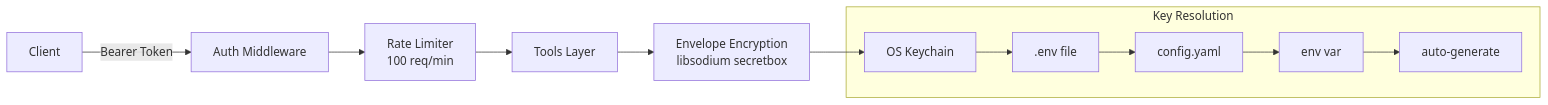
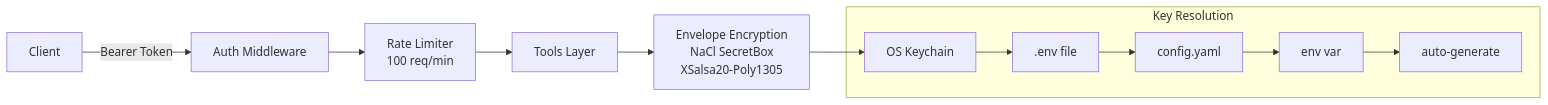
One commit to Cipher208/a-memory changed the fourth of 6 diagrams in docs/architecture/diagrams.md. Above: the diagram before and after it, drawn with Mermaid. The commit also changed 16 other files, not shown here.

````diff
--- a/docs/architecture/diagrams.md
+++ b/docs/architecture/diagrams.md
@@ -68,17 +68,17 @@
 ```mermaid
 graph LR
     Client -->|Bearer Token| Auth[Auth Middleware]
     Auth --> RateLimit[Rate Limiter<br/>100 req/min]
     RateLimit --> Tools[Tools Layer]
 
-    Tools --> Encrypt[Envelope Encryption<br/>libsodium secretbox]
+    Tools --> Encrypt[Envelope Encryption<br/>NaCl SecretBox<br/>XSalsa20-Poly1305]
 
     subgraph Key Resolution
         KR1[OS Keychain] --> KR2[.env file]
         KR2 --> KR3[config.yaml]
         KR3 --> KR4[env var]
         KR4 --> KR5[auto-generate]
     end
 
     Encrypt --> KR1
 ```
````
